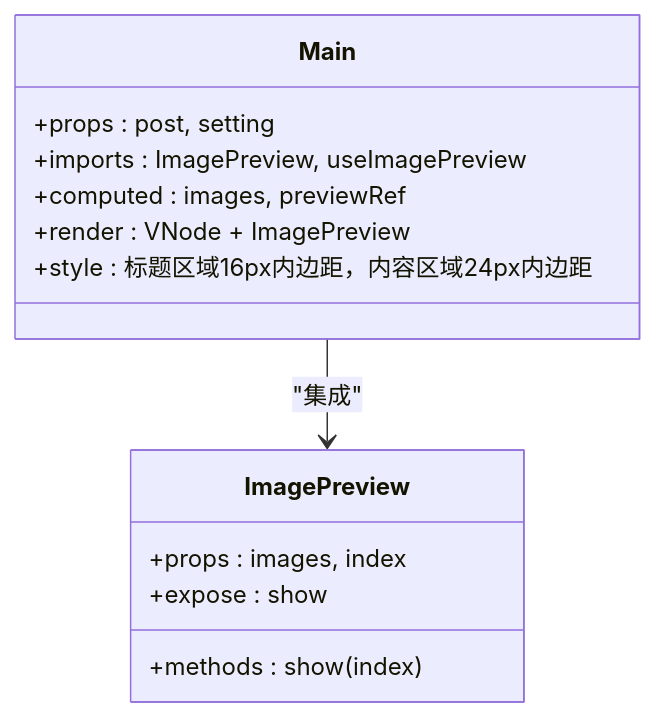
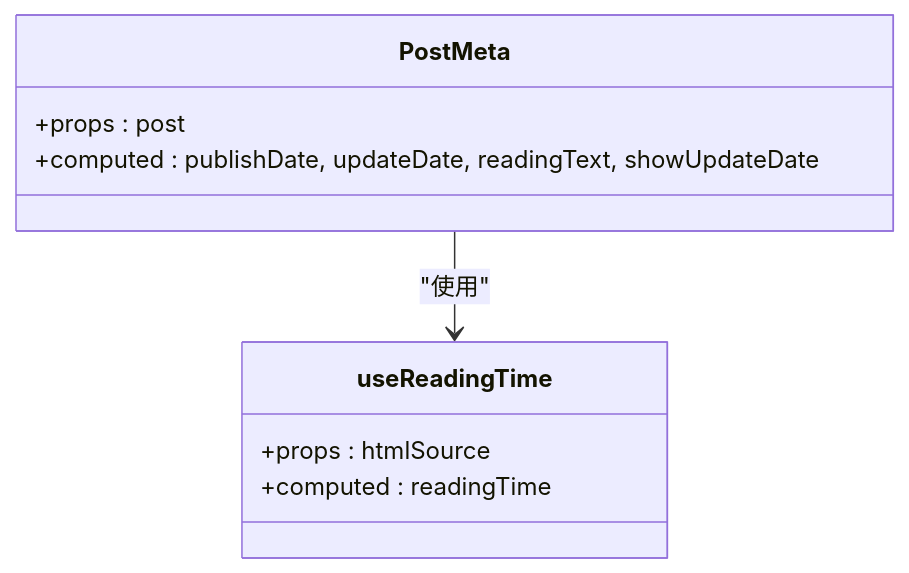
The sixth of 8 diagrams in .qoder/repowiki/zh/content/核心功能/UI 组件系统/内容组件.md (terwer/siyuan-plugin-blog), drawn with Mermaid before and after one commit. The commit also changed other lines of this file and 20 other files, not shown here.

````diff
--- a/.qoder/repowiki/zh/content/核心功能/UI 组件系统/内容组件.md
+++ b/.qoder/repowiki/zh/content/核心功能/UI 组件系统/内容组件.md
@@ -295,16 +327,12 @@
 ```mermaid
 classDiagram
-class Main {
-+props : post, setting
-+imports : ImagePreview, useImagePreview
-+computed : images, previewRef
-+render : VNode + ImagePreview
-+style : 标题区域16px内边距，内容区域24px内边距
+class PostMeta {
++props : post
++computed : publishDate, updateDate, readingText, showUpdateDate
 }
-class ImagePreview {
-+props : images, index
-+methods : show(index)
-+expose : show
+class useReadingTime {
++props : htmlSource
++computed : readingTime
 }
-Main --> ImagePreview : "集成"
+PostMeta --> useReadingTime : "使用"
 ```
````
